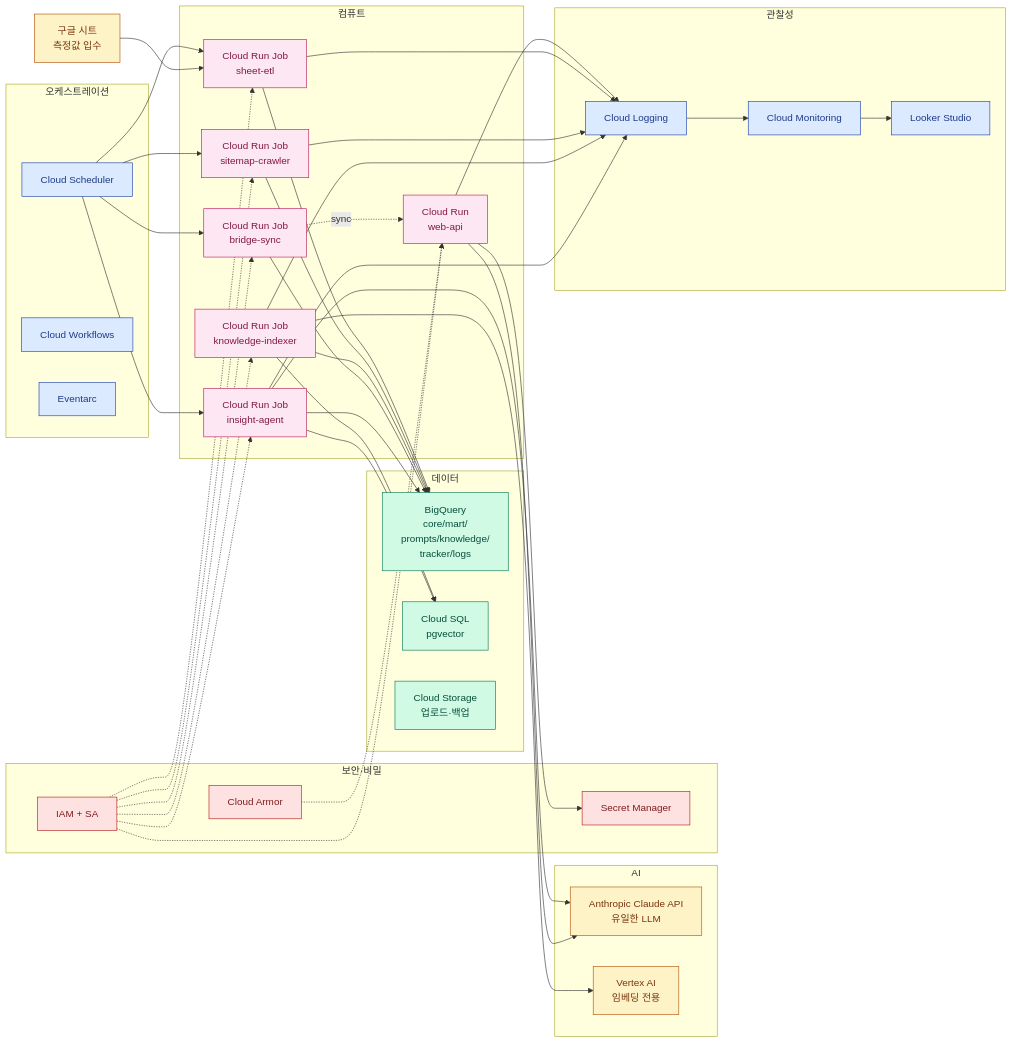
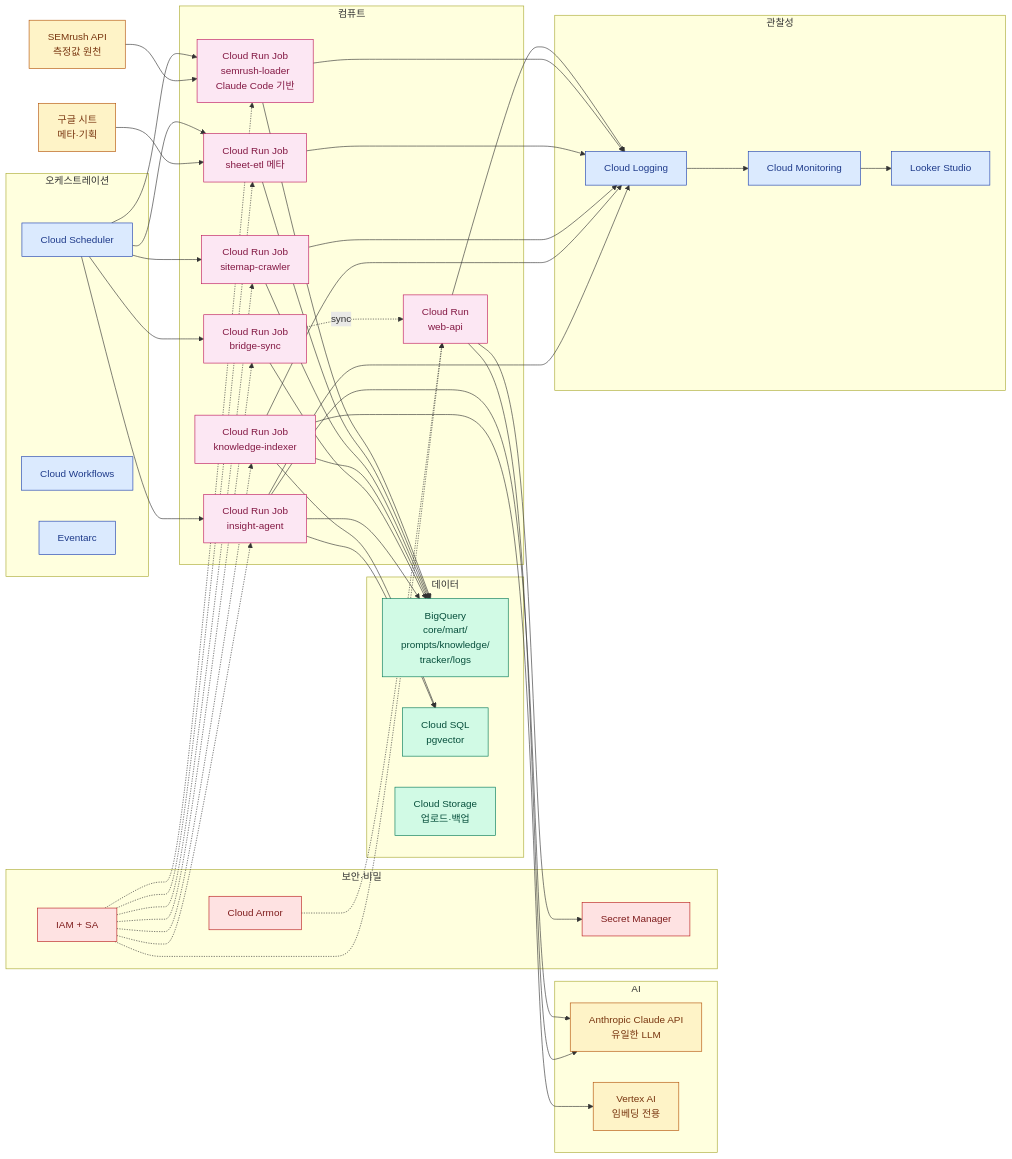
One commit to mts8787-droid/my-geo-newsletter changed the diagram in docs/GCP_INFRA.md. Above: the diagram before and after it, drawn with Mermaid. The commit also changed other lines of this file and 1 other file, not shown here.

First line of the commit message:
docs: SEMrush 자동 적재 반영 — 현행/투비 + dashboard-raw-data 레포 연계

````diff
--- a/docs/GCP_INFRA.md
+++ b/docs/GCP_INFRA.md
@@ -296,61 +300,65 @@
 ```mermaid
 flowchart LR
   classDef run fill:#FCE7F3,stroke:#BE185D,color:#831843
   classDef data fill:#D1FAE5,stroke:#047857,color:#064E3B
   classDef ai fill:#FEF3C7,stroke:#B45309,color:#78350F
   classDef ops fill:#DBEAFE,stroke:#1E40AF,color:#1E3A8A
   classDef sec fill:#FEE2E2,stroke:#B91C1C,color:#7F1D1D
 
   subgraph Compute["컴퓨트"]
     WebAPI[Cloud Run<br/>web-api]:::run
-    SE[Cloud Run Job<br/>sheet-etl]:::run
+    SR[Cloud Run Job<br/>semrush-loader<br/>Claude Code 기반]:::run
+    SE[Cloud Run Job<br/>sheet-etl 메타]:::run
     SC[Cloud Run Job<br/>sitemap-crawler]:::run
     KI[Cloud Run Job<br/>knowledge-indexer]:::run
     BR[Cloud Run Job<br/>bridge-sync]:::run
     IA[Cloud Run Job<br/>insight-agent]:::run
   end
 
   subgraph Data["데이터"]
     BQ[BigQuery<br/>core/mart/<br/>prompts/knowledge/<br/>tracker/logs]:::data
     SQL[Cloud SQL<br/>pgvector]:::data
     GCS[Cloud Storage<br/>업로드·백업]:::data
   end
 
   subgraph AI["AI"]
     Cl[Anthropic Claude API<br/>유일한 LLM]:::ai
     VA[Vertex AI<br/>임베딩 전용]:::ai
   end
 
-  Sheets[구글 시트<br/>측정값 입수]:::ai
+  SEM[SEMrush API<br/>측정값 원천]:::ai
+  Sheets[구글 시트<br/>메타·기획]:::ai
 
   subgraph Orch["오케스트레이션"]
     CS[Cloud Scheduler]:::ops
     CW[Cloud Workflows]:::ops
     Eventarc[Eventarc]:::ops
   end
 
   subgraph Sec["보안·비밀"]
     SM[Secret Manager]:::sec
     CA[Cloud Armor]:::sec
     IAM[IAM + SA]:::sec
   end
 
   subgraph Obs["관찰성"]
     Log[Cloud Logging]:::ops
     Mon[Cloud Monitoring]:::ops
     LS[Looker Studio]:::ops
   end
 
+  CS --> SR
+  SEM --> SR --> BQ
   CS --> SE
   Sheets --> SE --> BQ
   CS --> SC --> BQ
   KI --> VA & SQL & BQ
   CS --> BR --> BQ
   BR -.sync.-> WebAPI
   CS --> IA --> Cl & BQ & SQL
   WebAPI --> Cl
   WebAPI --> SM
-  WebAPI & SE & SC & KI & IA --> Log --> Mon --> LS
+  WebAPI & SR & SE & SC & KI & IA --> Log --> Mon --> LS
   CA -.->WebAPI
-  IAM -.->WebAPI & SE & SC & KI & BR & IA
+  IAM -.->WebAPI & SR & SE & SC & KI & BR & IA
 ```
````
